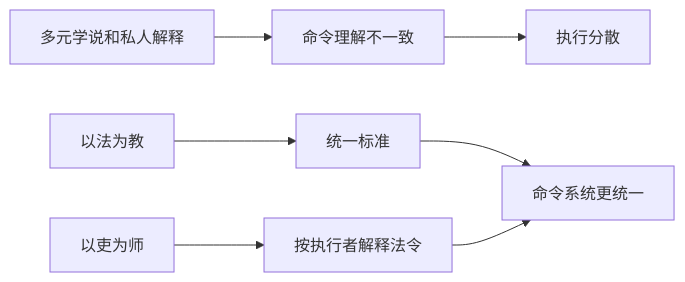
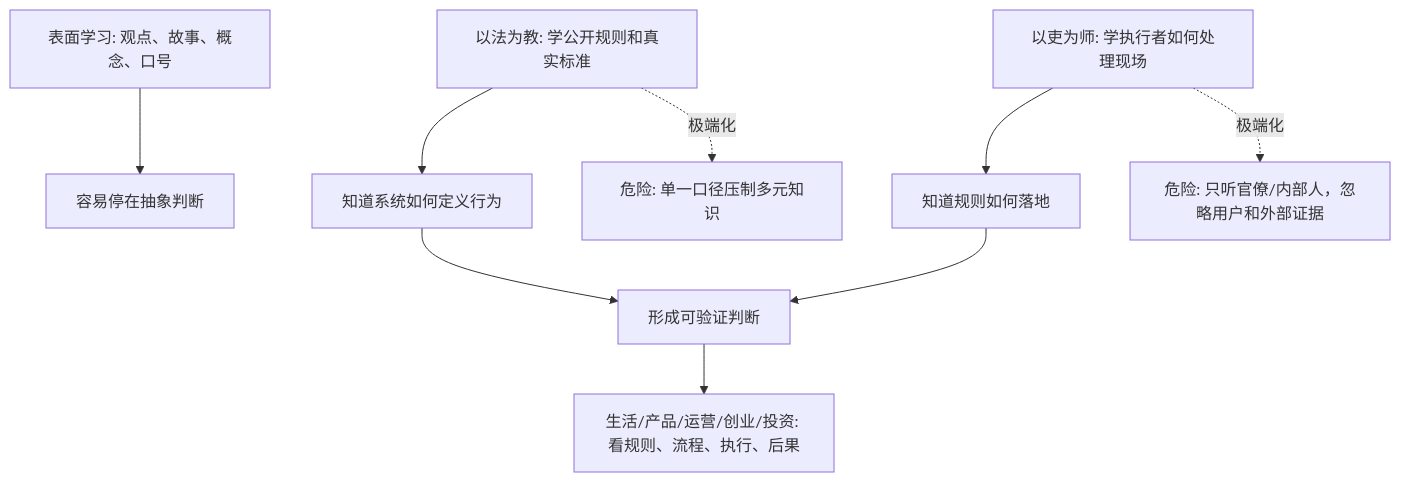
Before and after one commit to digoal/blog: the diagram in 202605/20260518_13.md, drawn with Mermaid. The commit also changed other lines of this file and 14 other files, not shown here.

````diff
--- a/202605/20260518_13.md
+++ b/202605/20260518_13.md
@@ -22,9 +24,11 @@
 ```mermaid
-flowchart LR
-  A["多元学说和私人解释"] --> B["命令理解不一致"]
-  B --> C["执行分散"]
-  D["以法为教"] --> E["统一标准"]
-  F["以吏为师"] --> G["按执行者解释法令"]
-  E --> H["命令系统更统一"]
-  G --> H
+flowchart TB
+  A["表面学习: 观点、故事、概念、口号"] --> B["容易停在抽象判断"]
+  C["以法为教: 学公开规则和真实标准"] --> E["知道系统如何定义行为"]
+  D["以吏为师: 学执行者如何处理现场"] --> F["知道规则如何落地"]
+  E --> G["形成可验证判断"]
+  F --> G
+  G --> H["生活/产品/运营/创业/投资: 看规则、流程、执行、后果"]
+  C -. "极端化" .-> I["危险: 单一口径压制多元知识"]
+  D -. "极端化" .-> J["危险: 只听官僚/内部人，忽略用户和外部证据"]
 ```
````
